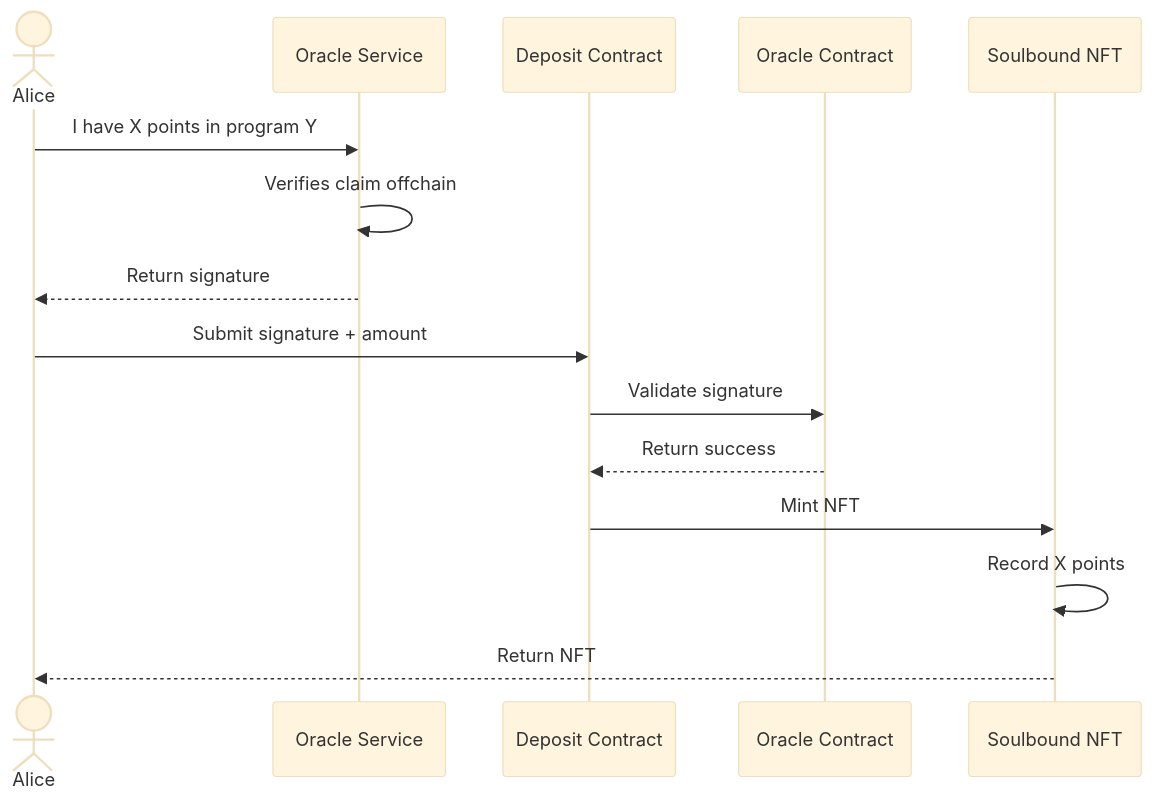
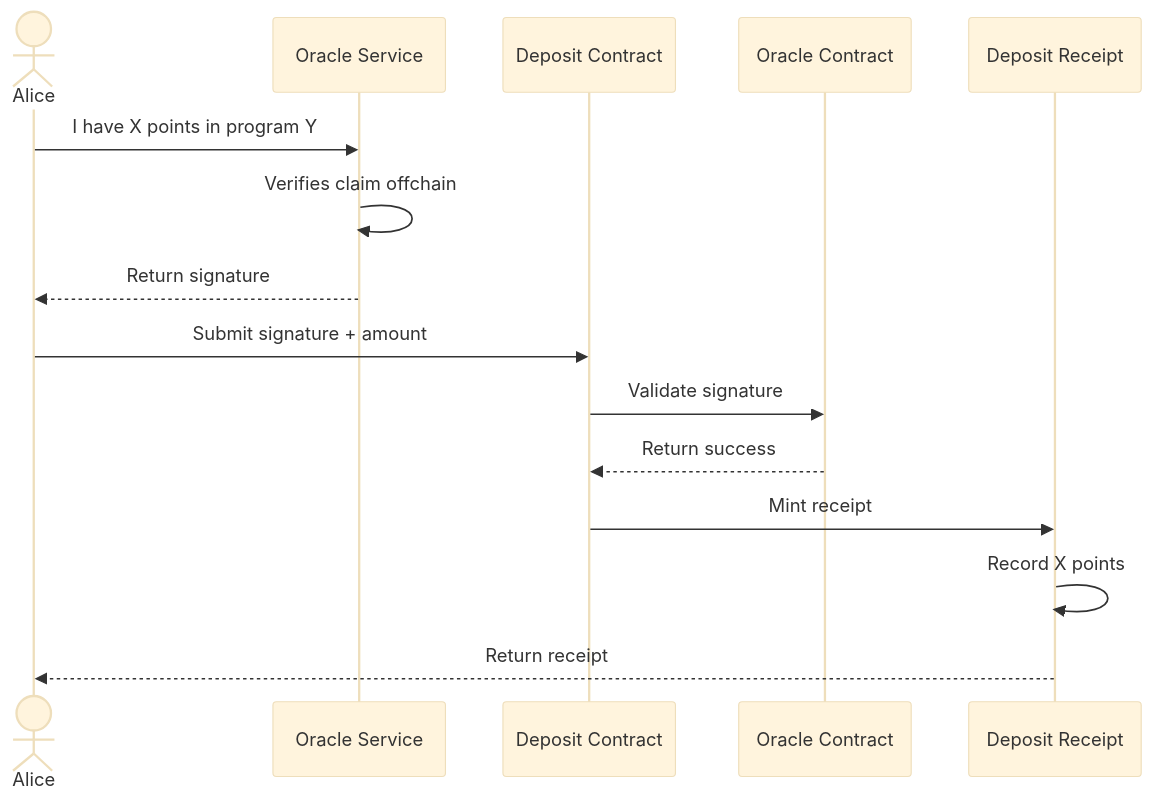
Before and after one commit to 0xPortalLabs/docs: the first of 2 diagrams in architecture/points-tokenization.mdx, drawn with Mermaid (base theme). The commit also changed other lines of this file and 4 other files, not shown here.

Commit message:
new account model + soulbound nft -> deposit receipt

````diff
--- a/architecture/points-tokenization.mdx
+++ b/architecture/points-tokenization.mdx
@@ -13,18 +13,18 @@
 ```mermaid
   sequenceDiagram
     actor User as Alice
     participant Oracle as Oracle Service
     participant Deposit as Deposit Contract
-    participant Oracle Contract
-    participant NFT as Soulbound NFT
+    participant OracleContract as Oracle Contract
+    participant Receipt as Deposit Receipt
 
     User->>Oracle: I have X points in program Y
     Oracle->>Oracle: Verifies claim offchain
     Oracle-->>User: Return signature
     User->>Deposit: Submit signature + amount
-    Deposit->>Oracle Contract: Validate signature
-    Oracle Contract-->>Deposit: Return success
-    Deposit->>NFT: Mint NFT
-    NFT->>NFT: Record X points
-    NFT-->>User: Return NFT
+    Deposit->>OracleContract: Validate signature
+    OracleContract-->>Deposit: Return success
+    Deposit->>Receipt: Mint receipt
+    Receipt->>Receipt: Record X points
+    Receipt-->>User: Return receipt
 ```
````
